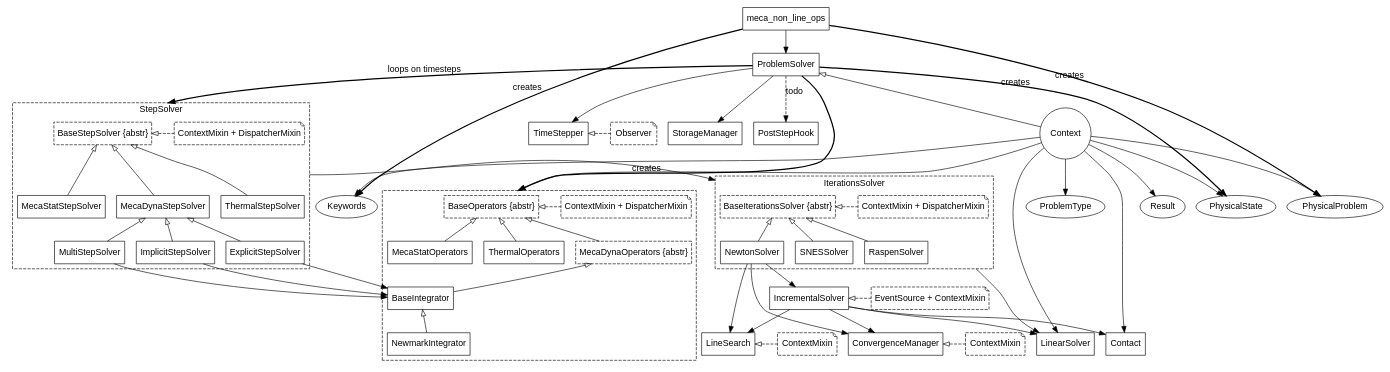
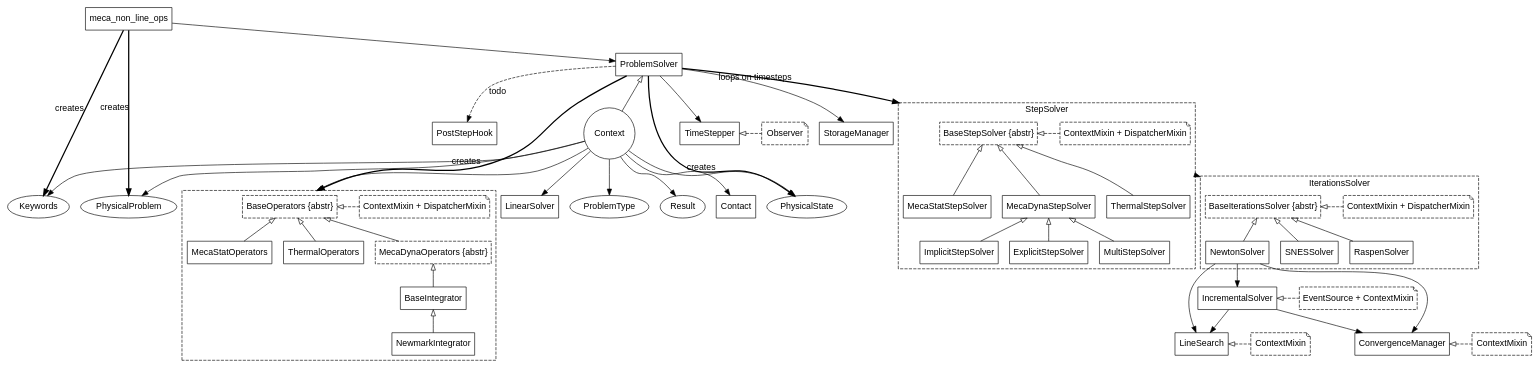
Before and after one commit to Krande/code-aster-copy: the diagram in doc/img/mnl.dot, drawn with Graphviz. The commit also changed 2 other files, not shown here.

Commit message:
[#34400] LinearSolver.factory needs 'STAT_NON_LINE'

```diff
--- a/doc/img/mnl.dot
+++ b/doc/img/mnl.dot
@@ -1,170 +1,162 @@
 digraph MNL {
     compound = "true";
     // global+several pointers: circle
     // mixin: note, dashed
     // abstract: ' {abstr}', dashed
     labelloc = "t";
     fontname = "Helvetica,Arial,sans-serif";
     node [fontname = "Helvetica,Arial,sans-serif"; shape = "box";];
     edge [fontname = "Helvetica,Arial,sans-serif";];
     
     subgraph bases {
         keywords [label = "Keywords";shape = "ellipse";];
         problem [label = "PhysicalProblem";shape = "ellipse";];
         type [label = "ProblemType";shape = "ellipse";];
         state [label = "PhysicalState";shape = "ellipse";];
         result [label = "Result";shape = "ellipse";];
         contact [label = "Contact";];
         linsolv [label = "LinearSolver";];
         context [label = "Context";shape = "circle";];
         
         context -> problem;
         context -> type;
         context -> keywords;
         context -> state;
         context -> result;
         context -> operators [lhead = cluster_operators;];
         context -> contact;
         context -> linsolv;
     }
     
     mnl [label = "meca_non_line_ops";];
     pbsolv [label = "ProblemSolver";];
     timestepper [label = "TimeStepper";];
     storage [label = "StorageManager";];
     hook [label = "PostStepHook";];
     
     observ [label = "Observer";style = "dashed";shape = "note";];
     // event [label = "EventSource";style = "dashed";shape = "note";];
     
     subgraph cluster_operators {
         subgraph {
             rank = "same";
             operators [label = "BaseOperators {abstr}";style = "dashed";];
             mixin_oper [label = "ContextMixin + DispatcherMixin";style = "dashed";shape = "note";];
             operators -> mixin_oper [dir = "back"; style = "dashed"; arrowtail = "empty";];
         }
         style = "dashed";
         subgraph {
             rank = "same";
             statopers [label = "MecaStatOperators";];
             theropers [label = "ThermalOperators";];
             dynopers [label = "MecaDynaOperators {abstr}";style = "dashed";];
         }
         integr [label = BaseIntegrator;];
         newmark [label = NewmarkIntegrator;];
         
         // subclasses
         operators -> statopers [dir = "back"; arrowtail = "empty";];
         operators -> dynopers [dir = "back"; arrowtail = "empty";];
         operators -> theropers [dir = "back"; arrowtail = "empty";];
         
         dynopers -> integr [dir = "back"; arrowtail = "empty";];
         integr -> newmark [dir = "back"; arrowtail = "empty";];
     }
     
     subgraph cluster_stepsolv {
         label = "StepSolver";
         style = "dashed";
         subgraph {
             rank = "same";
             mecastat [label = "MecaStatStepSolver";];
             mecadyn [label = "MecaDynaStepSolver";];
             ther [label = "ThermalStepSolver";];
         }
         subgraph {
             rank = "same";
             stepsolv [label = "BaseStepSolver {abstr}";style = "dashed";];
             mixin_step [label = "ContextMixin + DispatcherMixin";style = "dashed";shape = "note";];
             stepsolv -> mixin_step [dir = "back"; style = "dashed"; arrowtail = "empty";];
         }
         // subclasses
         stepsolv -> mecastat [dir = "back"; arrowtail = "empty";];
         stepsolv -> mecadyn [dir = "back"; arrowtail = "empty";];
         stepsolv -> ther [dir = "back"; arrowtail = "empty";];
         
         implicit [label = "ImplicitStepSolver";];
         explicit [label = "ExplicitStepSolver";];
         multi [label = "MultiStepSolver";];
         
         // subclasses
         mecadyn -> implicit [dir = "back"; arrowtail = "empty";];
         mecadyn -> explicit [dir = "back"; arrowtail = "empty";];
         mecadyn -> multi [dir = "back"; arrowtail = "empty";];
-        
-        implicit -> integr;
-        explicit -> integr;
-        multi -> integr;
     }
     
     subgraph cluster_iter_solv {
         label = IterationsSolver;
         style = "dashed";
         subgraph {
             rank = "same";
             iter_solver [label = "BaseIterationsSolver {abstr}";style = "dashed";];
             mixin_iter [label = "ContextMixin + DispatcherMixin";style = "dashed";shape = "note";];
             iter_solver -> mixin_iter [dir = "back"; style = "dashed"; arrowtail = "empty";];
         }
         // [style = invis]
         newton [label = "NewtonSolver";];
         snes [label = "SNESSolver";];
         raspen [label = "RaspenSolver";];
         
         iter_solver -> newton [dir = "back"; arrowtail = "empty";];
         iter_solver -> snes [dir = "back"; arrowtail = "empty";];
         iter_solver -> raspen [dir = "back"; arrowtail = "empty";];
     }
     
     mnl -> pbsolv;
     mnl -> keywords [xlabel = "creates"; style = "bold";];
     mnl -> problem [xlabel = "creates"; style = "bold";];
     
     pbsolv -> context [dir = "back"; arrowtail = "empty";];
     pbsolv -> state [xlabel = "creates"; style = "bold";];
     pbsolv -> operators [xlabel = "creates"; style = "bold"; lhead = cluster_operators;];
     pbsolv -> timestepper;
     pbsolv -> storage;
     pbsolv -> stepsolv [xlabel = "loops on timesteps"; lhead = cluster_stepsolv; style = "bold";];
     pbsolv -> hook [label = "todo"; style = "dashed";];
     
     stepsolv -> iter_solver [ltail = cluster_stepsolv; lhead = cluster_iter_solv;];
     
-    iter_solver -> linsolv [ltail = cluster_iter_solv;];
-    
     newton -> incr_solv;
     newton -> linesearch;
     newton -> conv_manager;
     
     subgraph {
         rank = "same";
         incr_solv [label = "IncrementalSolver";];
         mixin_incr [label = "EventSource + ContextMixin";style = "dashed";shape = "note";];
         incr_solv -> mixin_incr [dir = "back"; style = "dashed"; arrowtail = "empty";];
     }
     incr_solv -> linesearch;
-    incr_solv -> contact;
-    incr_solv -> linsolv;
     incr_solv -> conv_manager;
     
     subgraph {
         rank = "same";
         linesearch [label = "LineSearch";];
         mixin_line [label = "ContextMixin";style = "dashed";shape = "note";];
         linesearch -> mixin_line [dir = "back"; style = "dashed"; arrowtail = "empty";];
     }
     
     subgraph {
         rank = "same";
         conv_manager [label = "ConvergenceManager";];
         mixin_conv [label = "ContextMixin";style = "dashed";shape = "note";];
         conv_manager -> mixin_conv [dir = "back"; style = "dashed"; arrowtail = "empty";];
     }
     
     subgraph {
         rank = "same";
         timestepper -> observ [dir = "back"; style = "dashed"; arrowtail = "empty";];
     }
     // placement
     // timestepper -> stepsolv [style = "invis";];
 }
```
